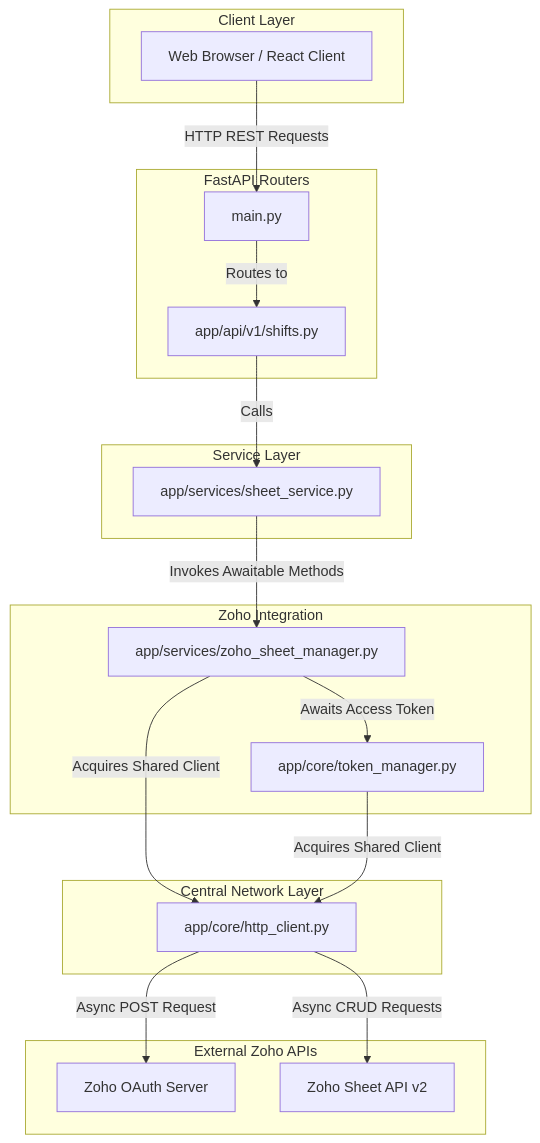
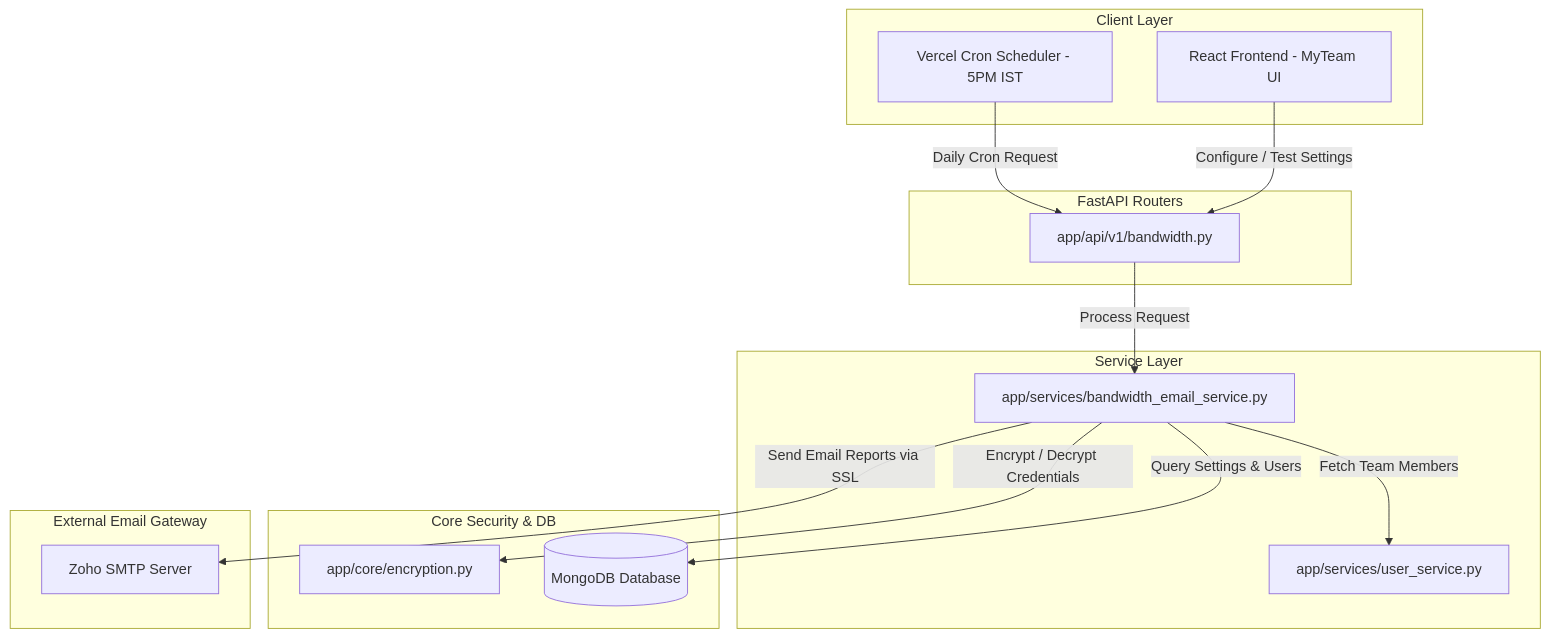
One commit to revanth332/team-track changed the diagram in architecture.md. Above: the diagram before and after it, drawn with Mermaid. The commit also changed other lines of this file and 20 other files, not shown here.

Commit message:
feat: add user last_updated property and daily bandwidth mail alert feature

````diff
--- a/architecture.md
+++ b/architecture.md
@@ -5,39 +5,33 @@
  ```mermaid
 graph TD
     subgraph ClientLayer [Client Layer]
-        C[Web Browser / React Client]
+        ReactClient[React Frontend - MyTeam UI]
+        VercelCron[Vercel Cron Scheduler - 5PM IST]
     end
 
     subgraph APILayer [FastAPI Routers]
-        M[main.py]
-        S_R[app/api/v1/shifts.py]
+        BandwidthRouter[app/api/v1/bandwidth.py]
     end
 
     subgraph ServiceLayer [Service Layer]
-        S_S[app/services/sheet_service.py]
+        BandwidthService[app/services/bandwidth_email_service.py]
+        UserService[app/services/user_service.py]
     end
 
-    subgraph ZohoIntegration [Zoho Integration]
-        Z_M[app/services/zoho_sheet_manager.py]
-        T_M[app/core/token_manager.py]
+    subgraph CoreLayer [Core Security & DB]
+        EncryptionCore[app/core/encryption.py]
+        MongoDB[(MongoDB Database)]
     end
 
-    subgraph NetworkUtilities [Central Network Layer]
-        H_C[app/core/http_client.py]
+    subgraph ExternalServices [External Email Gateway]
+        ZohoSMTP[Zoho SMTP Server]
     end
 
-    subgraph ExternalAPIs [External Zoho APIs]
-        Z_OAuth[Zoho OAuth Server]
-        Z_Sheet[Zoho Sheet API v2]
-    end
-
-    C -->|HTTP REST Requests| M
-    M -->|Routes to| S_R
-    S_R -->|Calls| S_S
-    S_S -->|Invokes Awaitable Methods| Z_M
-    Z_M -->|Awaits Access Token| T_M
-    Z_M -->|Acquires Shared Client| H_C
-    T_M -->|Acquires Shared Client| H_C
-    H_C -->|Async POST Request| Z_OAuth
-    H_C -->|Async CRUD Requests| Z_Sheet
+    ReactClient -->|Configure / Test Settings| BandwidthRouter
+    VercelCron -->|Daily Cron Request| BandwidthRouter
+    BandwidthRouter -->|Process Request| BandwidthService
+    BandwidthService -->|Fetch Team Members| UserService
+    BandwidthService -->|Query Settings & Users| MongoDB
+    BandwidthService -->|Encrypt / Decrypt Credentials| EncryptionCore
+    BandwidthService -->|Send Email Reports via SSL| ZohoSMTP
 ```
````
